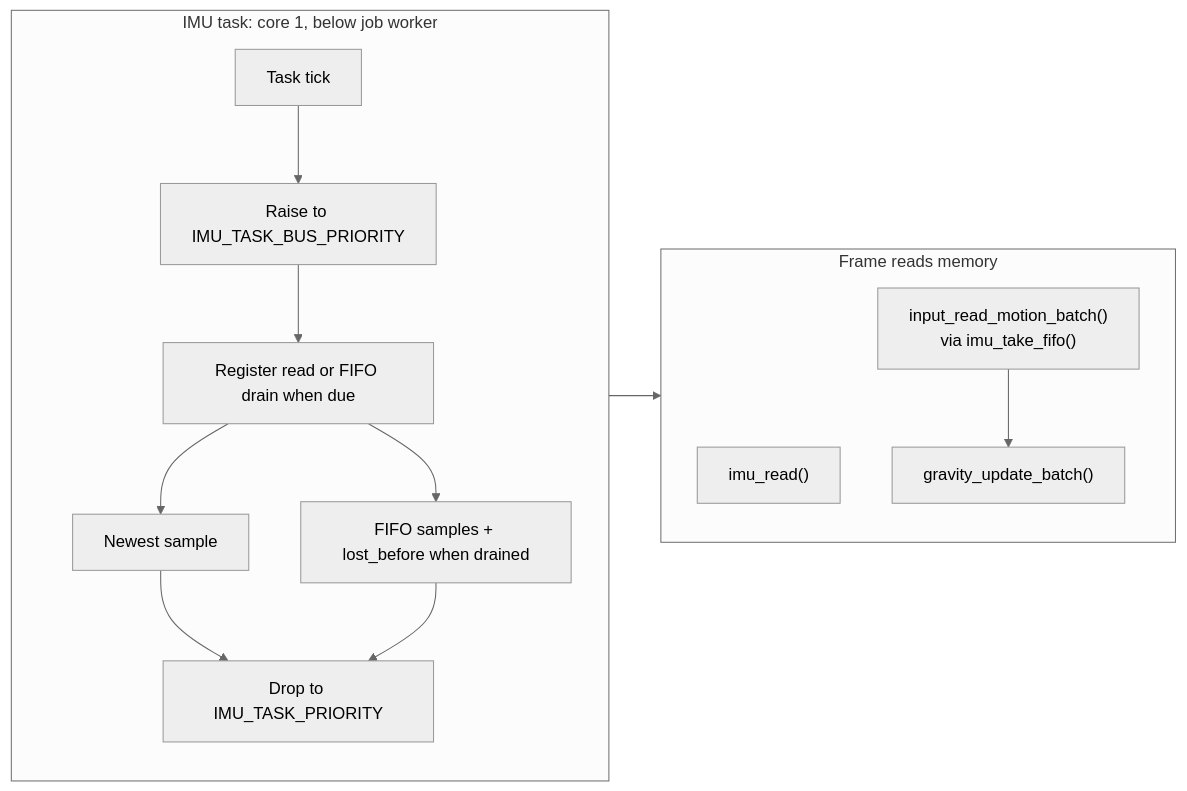
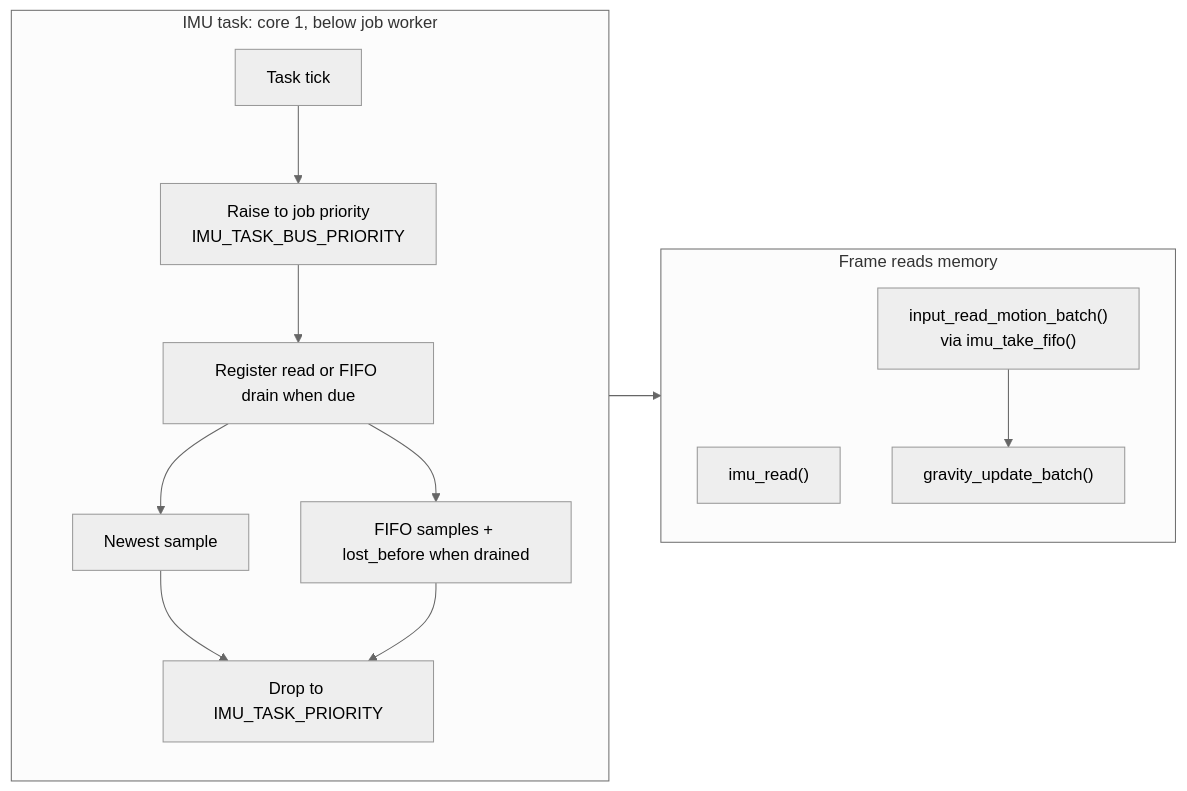
The second of 3 diagrams in docs/input/Gravity.md (jose-villegas/autana), drawn with Mermaid (neutral theme) before and after one commit. The commit also changed other lines of this file and 2 other files, not shown here.

Commit message:
input: keep IMU bus boost at job priority (autana-gqgus)

````diff
--- a/docs/input/Gravity.md
+++ b/docs/input/Gravity.md
@@ -125,15 +126,15 @@
 ```mermaid
 flowchart LR
     subgraph Task["IMU task: core 1, below job worker"]
         direction TB
-        Tick["Task tick"] --> Boost["Raise to IMU_TASK_BUS_PRIORITY"] --> Read["Register read or FIFO drain when due"]
+        Tick["Task tick"] --> Boost["Raise to job priority<br/>IMU_TASK_BUS_PRIORITY"] --> Read["Register read or FIFO drain when due"]
         Read --> Newest["Newest sample"] & Queue["FIFO samples + lost_before when drained"]
         Newest & Queue --> Drop["Drop to IMU_TASK_PRIORITY"]
     end
     subgraph Frame["Frame reads memory"]
         direction TB
         R["imu_read()"]
         T["input_read_motion_batch()<br/>via imu_take_fifo()"] --> G["gravity_update_batch()"]
     end
     Task --> Frame
 ```
````
